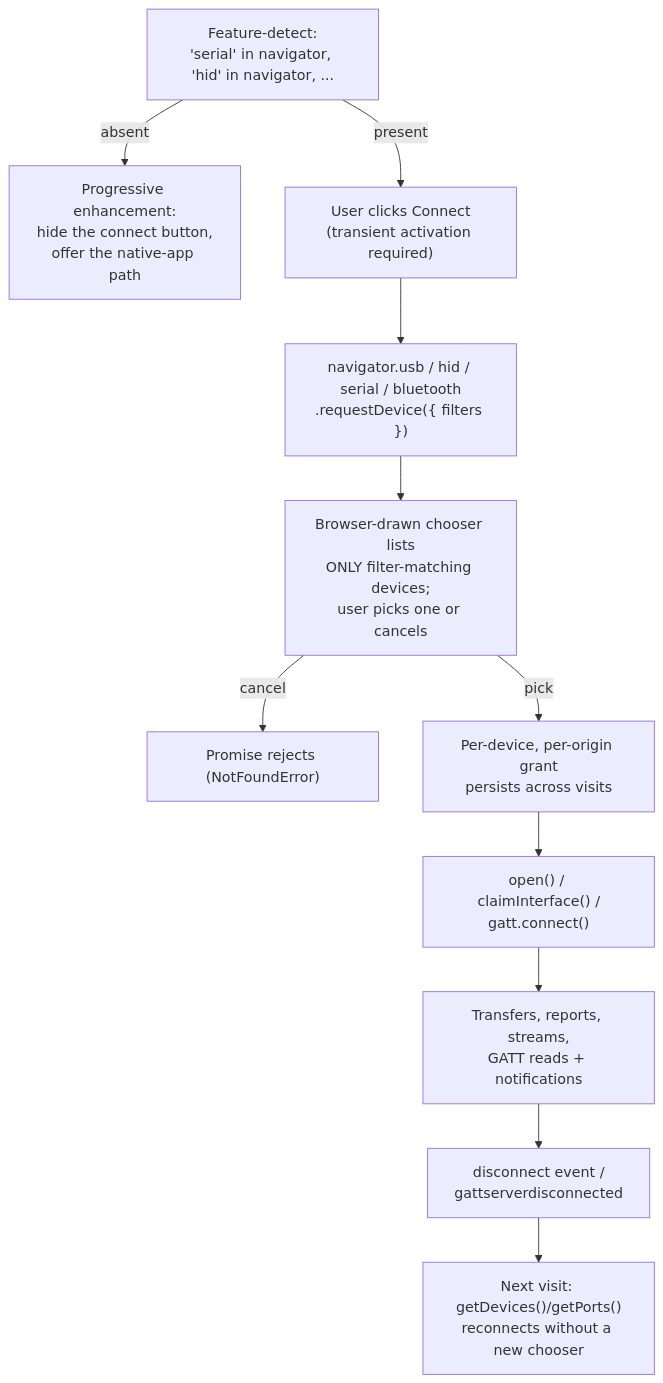
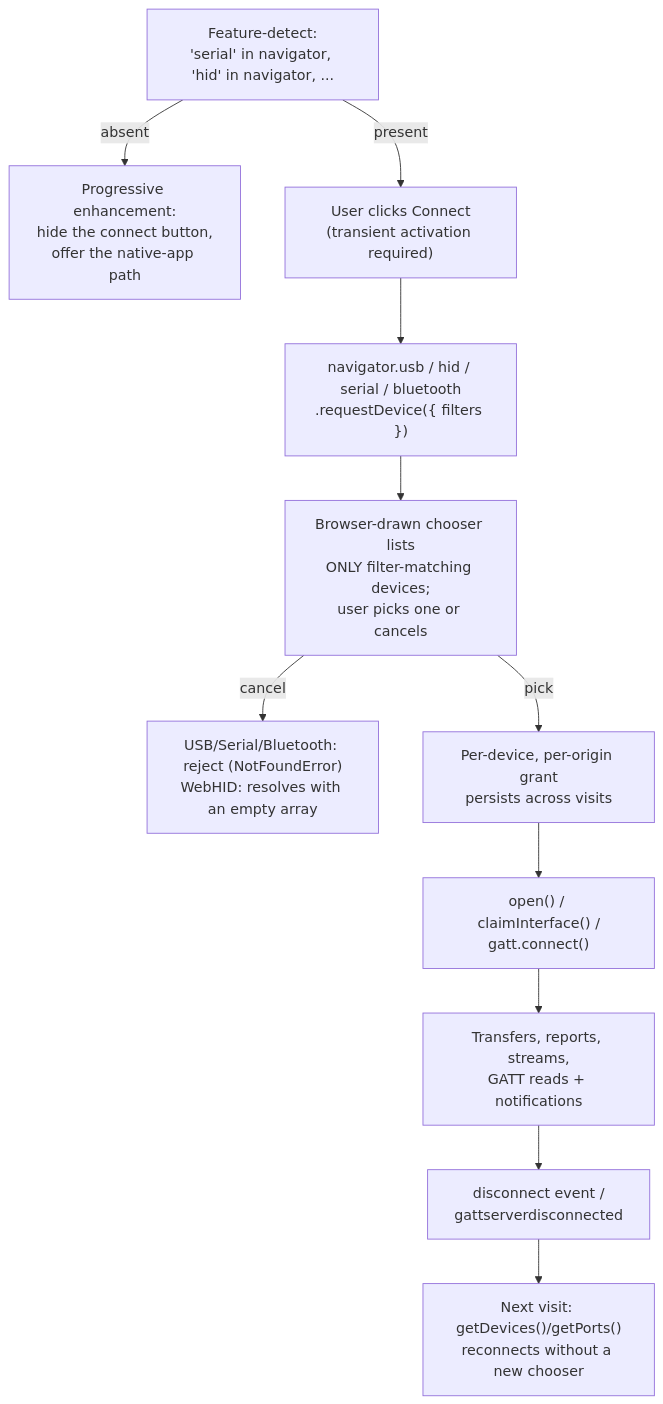
The diagram in docs/en/Browser APIs and Web Platform/hardware-device-apis.md (alivedise/frontend-engineering-essentials), drawn with Mermaid before and after one commit. The commit also changed other lines of this file and 1 other file, not shown here.

````diff
--- a/docs/en/Browser APIs and Web Platform/hardware-device-apis.md
+++ b/docs/en/Browser APIs and Web Platform/hardware-device-apis.md
@@ -20,14 +20,14 @@
 ```mermaid
 flowchart TD
     FD["Feature-detect:<br/>'serial' in navigator, 'hid' in navigator, ..."]
     FD -- absent --> FALLBACK["Progressive enhancement:<br/>hide the connect button,<br/>offer the native-app path"]
     FD -- present --> GESTURE["User clicks Connect<br/>(transient activation required)"]
     GESTURE --> REQ["navigator.usb / hid / serial / bluetooth<br/>.requestDevice({ filters })"]
     REQ --> CHOOSER["Browser-drawn chooser lists<br/>ONLY filter-matching devices;<br/>user picks one or cancels"]
-    CHOOSER -- cancel --> NODEV["Promise rejects (NotFoundError)"]
+    CHOOSER -- cancel --> NODEV["USB/Serial/Bluetooth: reject (NotFoundError)<br/>WebHID: resolves with an empty array"]
     CHOOSER -- pick --> GRANT["Per-device, per-origin grant<br/>persists across visits"]
     GRANT --> OPEN["open() / claimInterface() /<br/>gatt.connect()"]
     OPEN --> IO["Transfers, reports, streams,<br/>GATT reads + notifications"]
     IO --> DISC["disconnect event /<br/>gattserverdisconnected"]
     DISC --> RE["Next visit: getDevices()/getPorts()<br/>reconnects without a new chooser"]
 ```
````
